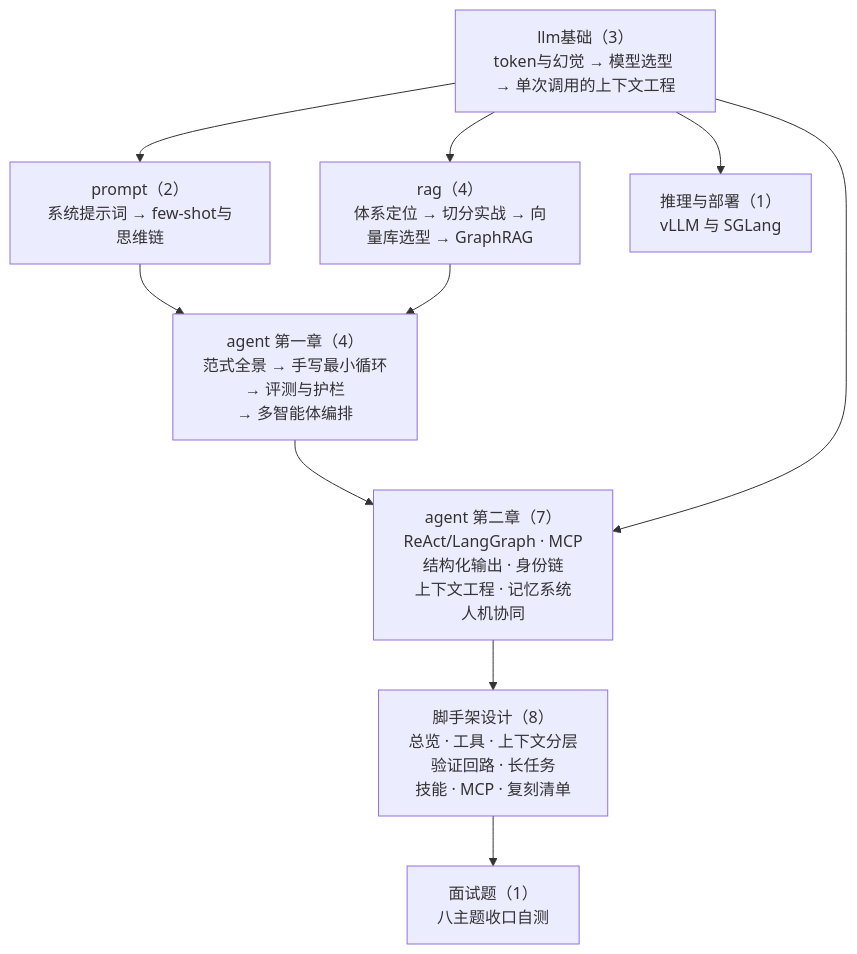
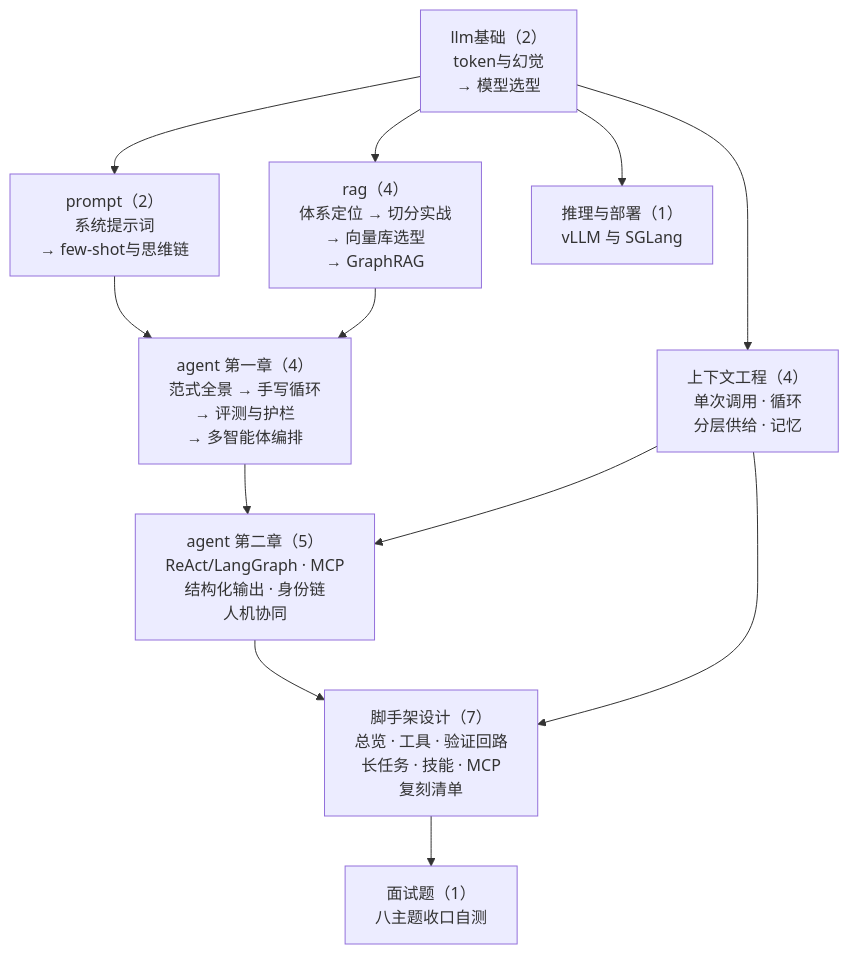
The diagram in B-AI工程/README.md (Mein-Augenstern/MUYI), drawn with Mermaid before and after one commit. The commit also changed other lines of this file and 22 other files, not shown here.

Commit message:
B轨: 上下文工程独立成系列——四篇（单次调用、四板斧、上下文分层、记忆系统）从 llm基础/agent/脚手架设计 移入 上下文工程/（git mv 保留历史），新建系列导读页；agent 收为两章九篇、脚手架设计收为七篇并重新编号；全库链接、三个目录导读页与 B 轨导航同步（总篇数不变 405）；上下文系列两张图的标签按实测宽度手动断行

````diff
--- a/B-AI工程/README.md
+++ b/B-AI工程/README.md
@@ -9,20 +9,23 @@
 ```mermaid
 flowchart TD
-    L["llm基础（3）<br/>token与幻觉 → 模型选型 → 单次调用的上下文工程"]
-    P["prompt（2）<br/>系统提示词 → few-shot与思维链"]
-    R["rag（4）<br/>体系定位 → 切分实战 → 向量库选型 → GraphRAG"]
-    A1["agent 第一章（4）<br/>范式全景 → 手写最小循环<br/>→ 评测与护栏<br/>→ 多智能体编排"]
-    A2["agent 第二章（7）<br/>ReAct/LangGraph · MCP<br/>结构化输出 · 身份链<br/>上下文工程 · 记忆系统<br/>人机协同"]
-    H["脚手架设计（8）<br/>总览 · 工具 · 上下文分层<br/>验证回路 · 长任务<br/>技能 · MCP · 复刻清单"]
+    L["llm基础（2）<br/>token与幻觉<br/>→ 模型选型"]
+    P["prompt（2）<br/>系统提示词<br/>→ few-shot与思维链"]
+    R["rag（4）<br/>体系定位 → 切分实战<br/>→ 向量库选型<br/>→ GraphRAG"]
+    C["上下文工程（4）<br/>单次调用 · 循环<br/>分层供给 · 记忆"]
+    A1["agent 第一章（4）<br/>范式全景 → 手写循环<br/>→ 评测与护栏<br/>→ 多智能体编排"]
+    A2["agent 第二章（5）<br/>ReAct/LangGraph · MCP<br/>结构化输出 · 身份链<br/>人机协同"]
+    H["脚手架设计（7）<br/>总览 · 工具 · 验证回路<br/>长任务 · 技能 · MCP<br/>复刻清单"]
     INF["推理与部署（1）<br/>vLLM 与 SGLang"]
     IT["面试题（1）<br/>八主题收口自测"]
     L --> P
     L --> R
     P --> A1
     R --> A1
+    L --> C
     A1 --> A2
-    L --> A2
+    C --> A2
     A2 --> H
+    C --> H
     H --> IT
     L --> INF
 ```
````
